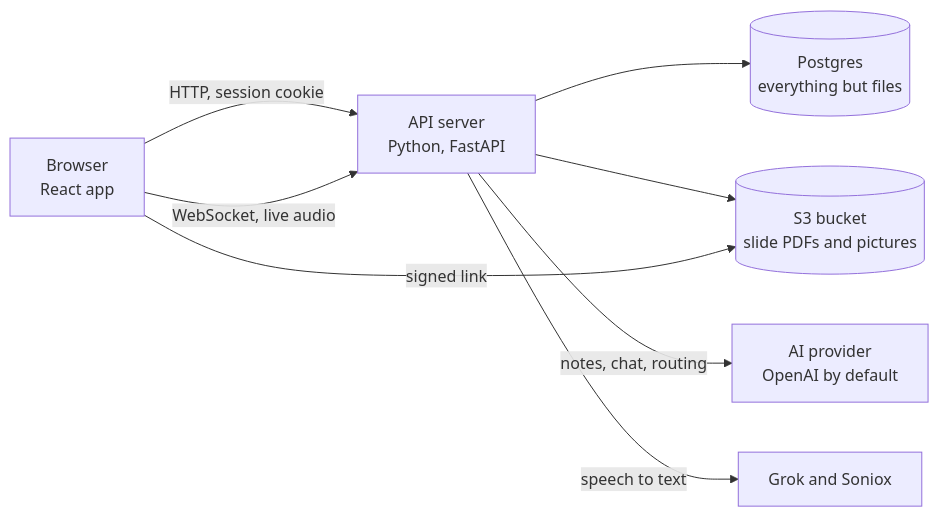
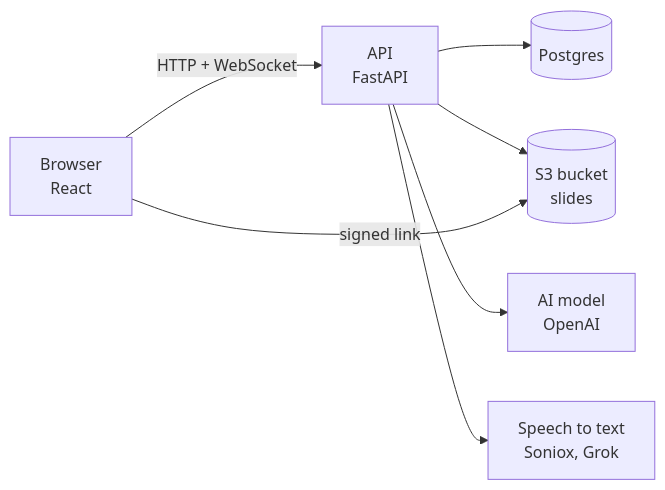
Before and after one commit to karlwehbe/Veda: the first of 2 diagrams in DESIGN.md, drawn with Mermaid. The commit also changed other lines of this file, not shown here.

````diff
--- a/DESIGN.md
+++ b/DESIGN.md
@@ -54,10 +29,9 @@
 ```mermaid
 flowchart LR
-  B["Browser<br/>React app"] -->|"HTTP, session cookie"| S["API server<br/>Python, FastAPI"]
-  B -->|"WebSocket, live audio"| S
-  S --> DB[("Postgres<br/>everything but files")]
-  S --> BK[("S3 bucket<br/>slide PDFs and pictures")]
-  S -->|"notes, chat, routing"| AI["AI provider<br/>OpenAI by default"]
-  S -->|"speech to text"| STT["Grok and Soniox"]
+  B["Browser<br/>React"] -->|"HTTP + WebSocket"| S["API<br/>FastAPI"]
+  S --> DB[("Postgres")]
+  S --> BK[("S3 bucket<br/>slides")]
+  S --> AI["AI model<br/>OpenAI"]
+  S --> STT["Speech to text<br/>Soniox, Grok"]
   B -->|"signed link"| BK
 ```
````
